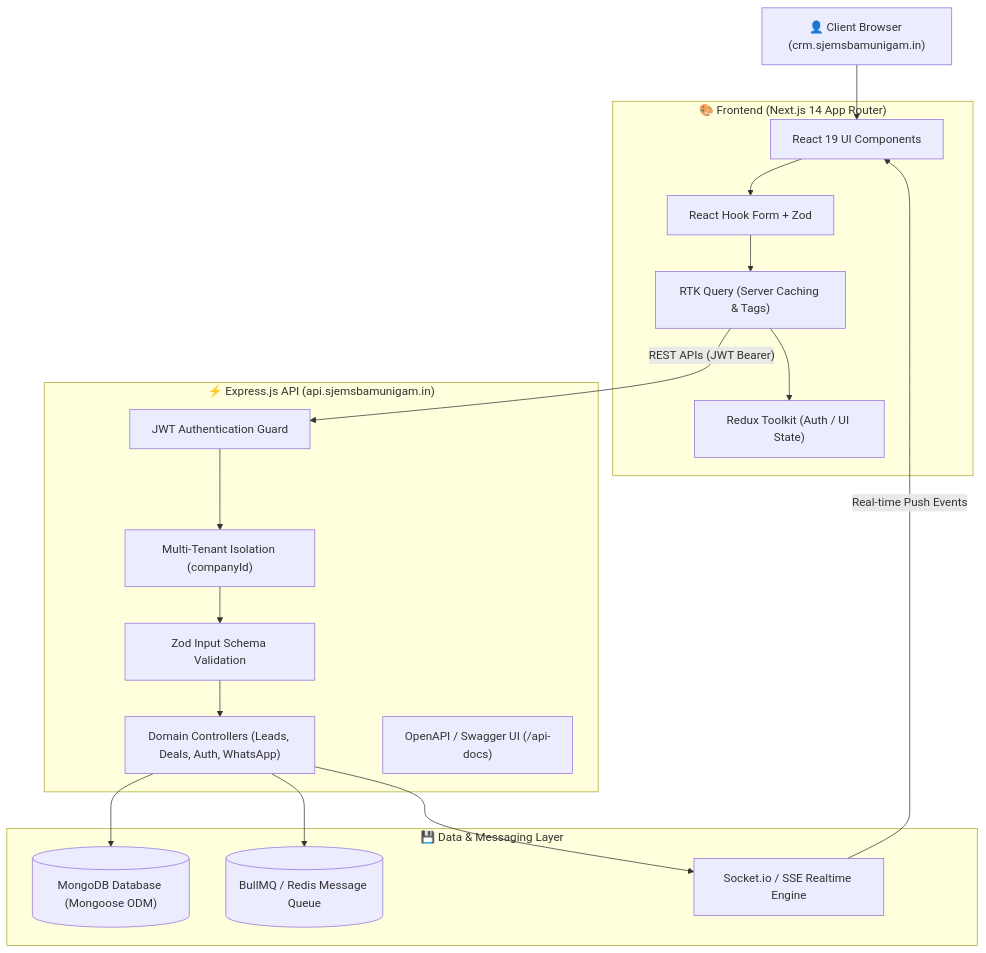
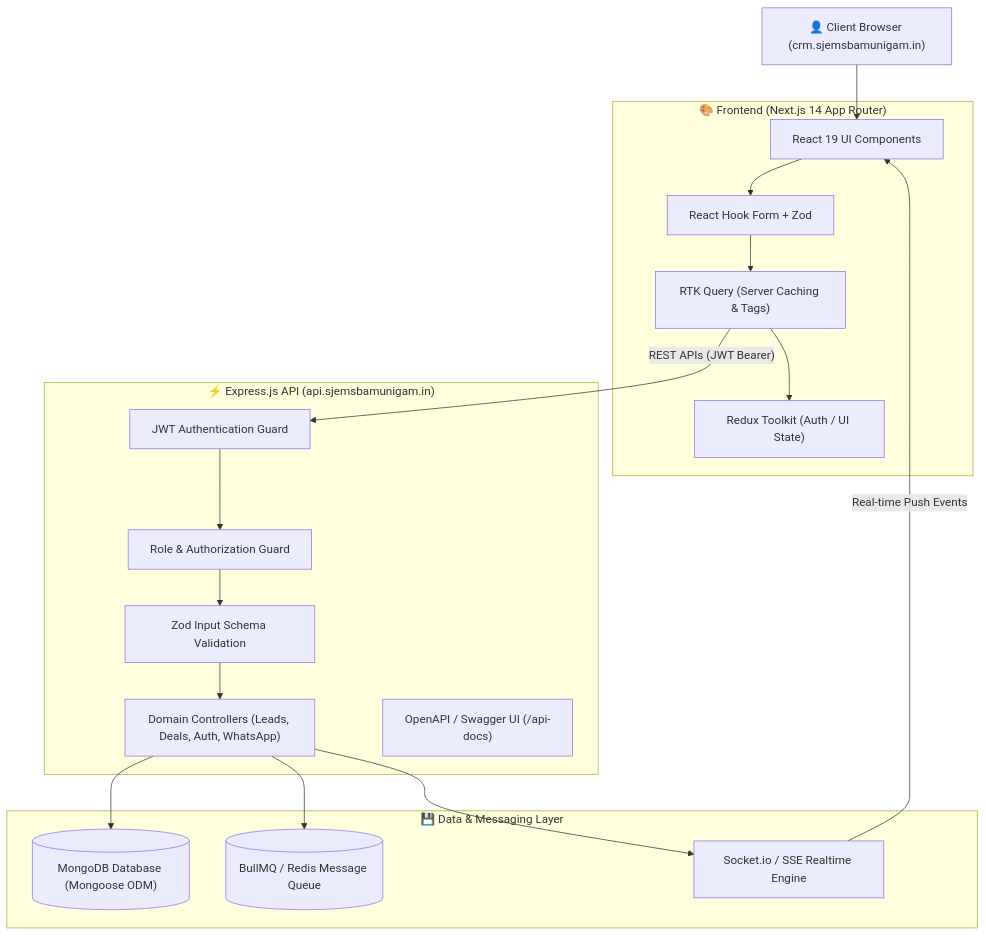
Before and after one commit to Gyana123singh/CRM-interview: the diagram in README.md, drawn with Mermaid. The commit also changed other lines of this file and 2 other files, not shown here.

Commit message:
docs: add architecture documentation for frontend and backend components and update project overview in root README

````diff
--- a/README.md
+++ b/README.md
@@ -60,38 +60,38 @@
 ```mermaid
 graph TD
     User["👤 Client Browser (crm.sjemsbamunigam.in)"]
     
     subgraph Frontend ["🎨 Frontend (Next.js 14 App Router)"]
         UI["React 19 UI Components"]
         Forms["React Hook Form + Zod"]
         RTK["RTK Query (Server Caching & Tags)"]
         Redux["Redux Toolkit (Auth / UI State)"]
     end
 
     subgraph API Gateway ["⚡ Express.js API (api.sjemsbamunigam.in)"]
         AuthMiddleware["JWT Authentication Guard"]
-        TenantGuard["Multi-Tenant Isolation (companyId)"]
+        ScopeGuard["Role & Authorization Guard"]
         ZodMiddleware["Zod Input Schema Validation"]
         Controllers["Domain Controllers (Leads, Deals, Auth, WhatsApp)"]
         Swagger["OpenAPI / Swagger UI (/api-docs)"]
     end
 
     subgraph Storage ["💾 Data & Messaging Layer"]
         MongoDB[("MongoDB Database (Mongoose ODM)")]
         RedisQueue[("BullMQ / Redis Message Queue")]
         SocketServer["Socket.io / SSE Realtime Engine"]
     end
 
     User --> UI
     UI --> Forms
     Forms --> RTK
     RTK --> Redux
     RTK -- "REST APIs (JWT Bearer)" --> AuthMiddleware
-    AuthMiddleware --> TenantGuard
-    TenantGuard --> ZodMiddleware
+    AuthMiddleware --> ScopeGuard
+    ScopeGuard --> ZodMiddleware
     ZodMiddleware --> Controllers
     Controllers --> MongoDB
     Controllers --> RedisQueue
     Controllers --> SocketServer
     SocketServer -- "Real-time Push Events" --> UI
 ```
````
